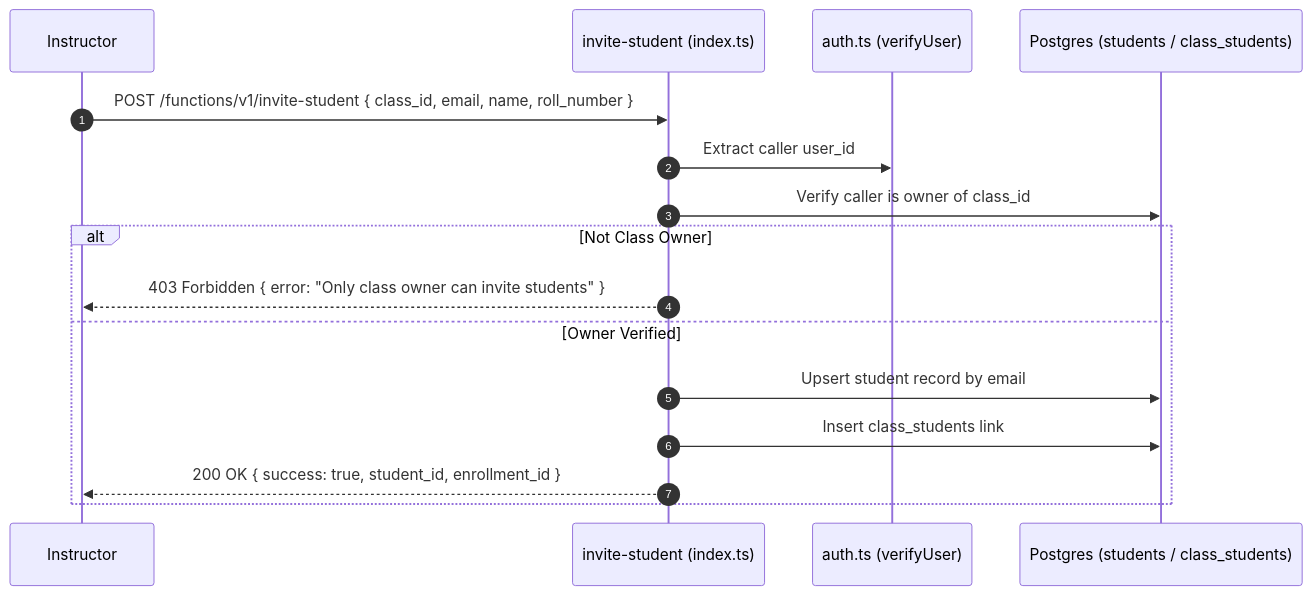
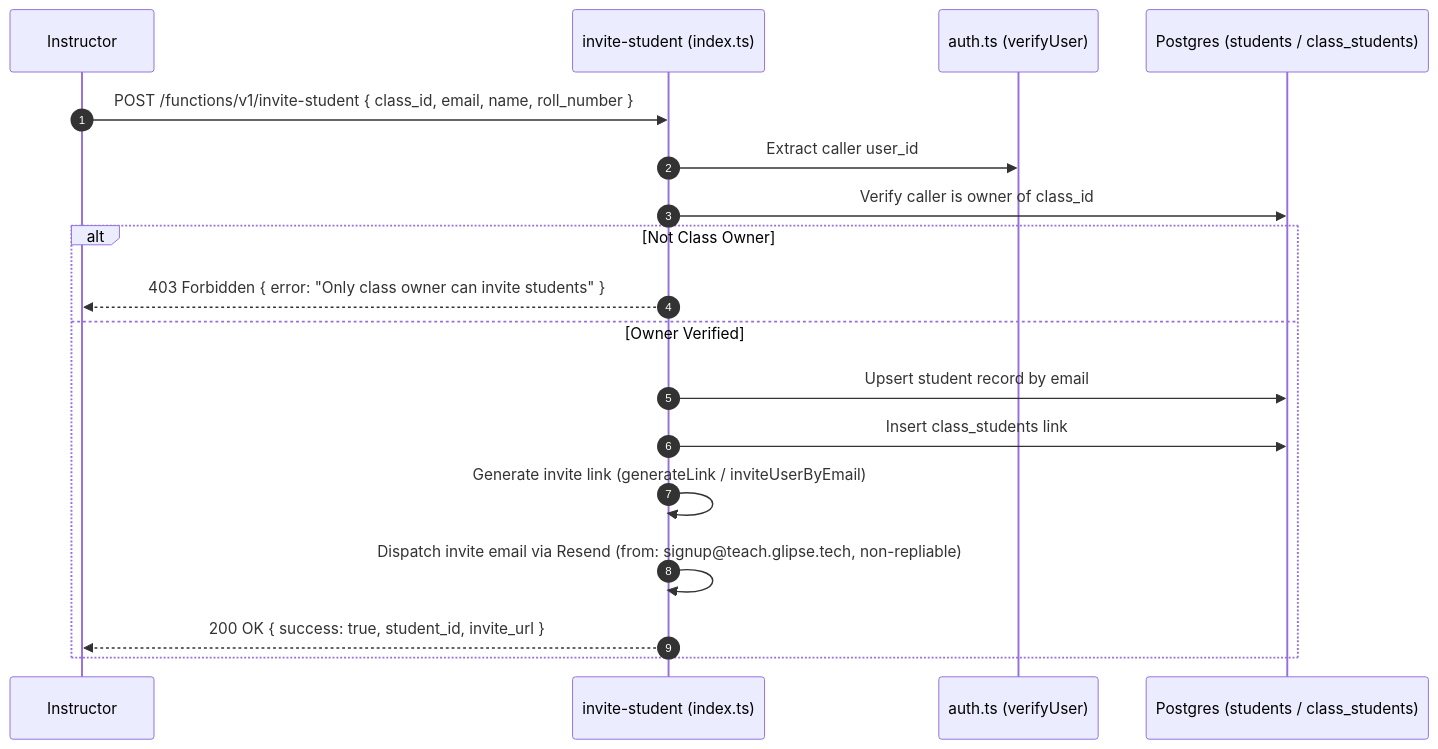
The diagram in supabase/functions/invite-student/code.ARCH.md (VictorBravo9er/Teacher-Assistant-Workspace), drawn with Mermaid before and after one commit. The commit also changed other lines of this file and 3 other files, not shown here.

First line of the commit message:
feat(edge): configure student invite sender to signup@teach.glipse.tech and enforce non-repliable routing

````diff
--- a/supabase/functions/invite-student/code.ARCH.md
+++ b/supabase/functions/invite-student/code.ARCH.md
@@ -9,19 +9,21 @@
 ```mermaid
 sequenceDiagram
     autonumber
     participant Teacher as Instructor
     participant EdgeFunc as invite-student (index.ts)
     participant Auth as auth.ts (verifyUser)
     participant DB as Postgres (students / class_students)
 
     Teacher->>EdgeFunc: POST /functions/v1/invite-student { class_id, email, name, roll_number }
     EdgeFunc->>Auth: Extract caller user_id
     EdgeFunc->>DB: Verify caller is owner of class_id
     alt Not Class Owner
         EdgeFunc-->>Teacher: 403 Forbidden { error: "Only class owner can invite students" }
     else Owner Verified
         EdgeFunc->>DB: Upsert student record by email
         EdgeFunc->>DB: Insert class_students link
-        EdgeFunc-->>Teacher: 200 OK { success: true, student_id, enrollment_id }
+        EdgeFunc->>EdgeFunc: Generate invite link (generateLink / inviteUserByEmail)
+        EdgeFunc->>EdgeFunc: Dispatch invite email via Resend (from: signup@teach.glipse.tech, non-repliable)
+        EdgeFunc-->>Teacher: 200 OK { success: true, student_id, invite_url }
     end
 ```
````
